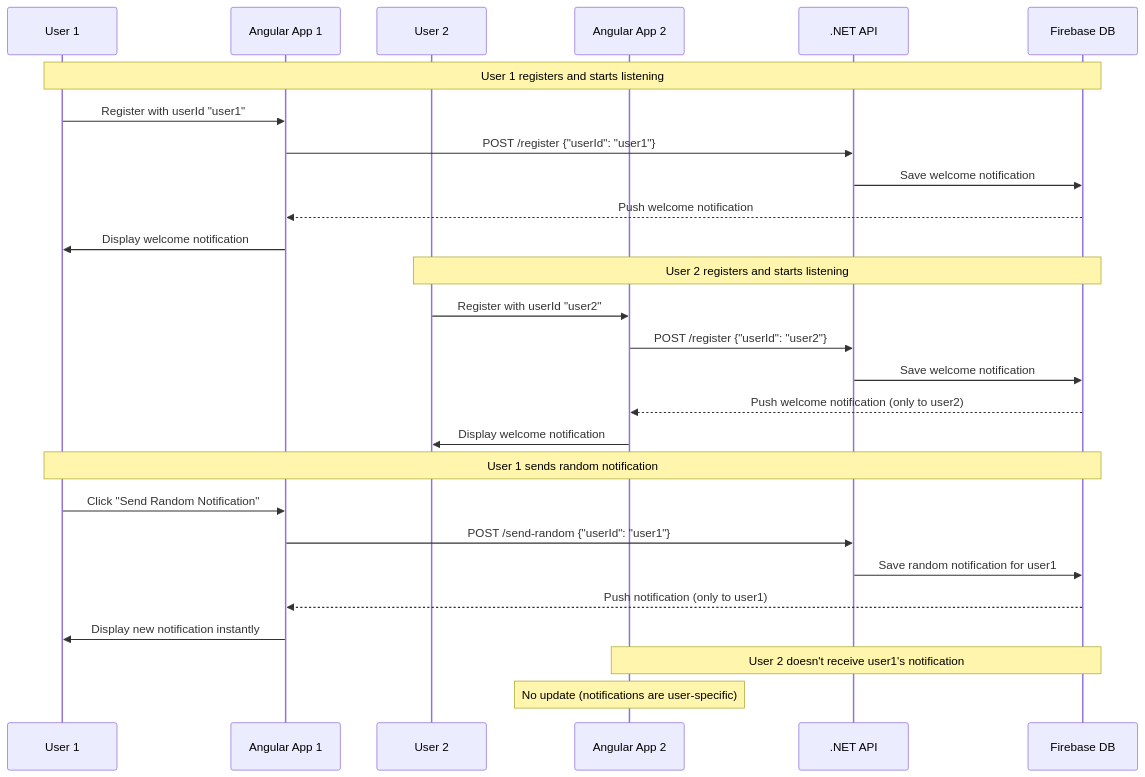
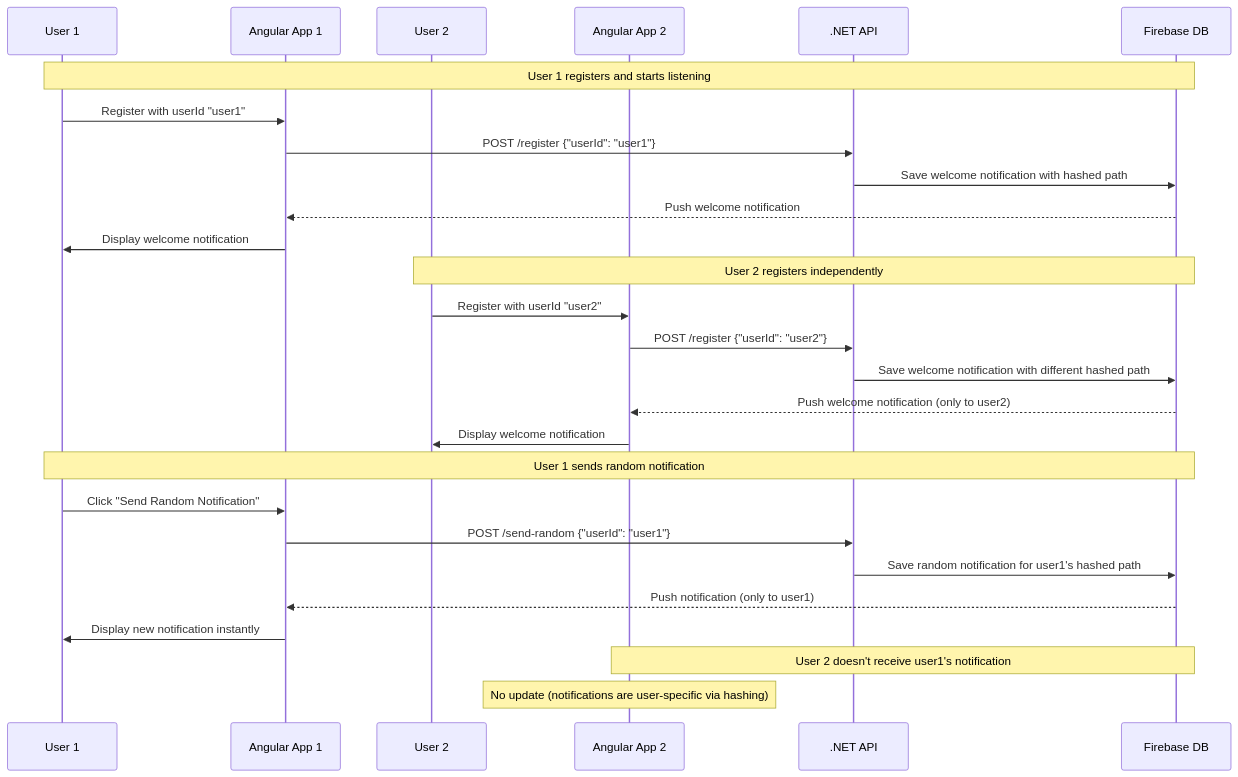
One commit to danghieuthang/notification-with-firebase-realtime-database changed the third of 3 diagrams in README.md. Above: the diagram before and after it, drawn with Mermaid. The commit also changed other lines of this file and 9 other files, not shown here.

Commit message:
Refactor Firebase integration: streamline configuration management, implement notification factory, and enhance user registration flow with optimized response models and error handling.

````diff
--- a/README.md
+++ b/README.md
@@ -130,33 +141,33 @@
 ```mermaid
 sequenceDiagram
     participant U1 as User 1
     participant A1 as Angular App 1
     participant U2 as User 2  
     participant A2 as Angular App 2
     participant API as .NET API
     participant F as Firebase DB
     
     Note over U1,F: User 1 registers and starts listening
     U1->>A1: Register with userId "user1"
     A1->>API: POST /register {"userId": "user1"}
-    API->>F: Save welcome notification
+    API->>F: Save welcome notification with hashed path
     F-->>A1: Push welcome notification
     A1->>U1: Display welcome notification
     
-    Note over U2,F: User 2 registers and starts listening  
+    Note over U2,F: User 2 registers independently  
     U2->>A2: Register with userId "user2"
     A2->>API: POST /register {"userId": "user2"}
-    API->>F: Save welcome notification
+    API->>F: Save welcome notification with different hashed path
     F-->>A2: Push welcome notification (only to user2)
     A2->>U2: Display welcome notification
     
     Note over U1,F: User 1 sends random notification
     U1->>A1: Click "Send Random Notification"
     A1->>API: POST /send-random {"userId": "user1"}
-    API->>F: Save random notification for user1
+    API->>F: Save random notification for user1's hashed path
     F-->>A1: Push notification (only to user1)
     A1->>U1: Display new notification instantly
     
     Note over A2,F: User 2 doesn't receive user1's notification
-    Note over A2: No update (notifications are user-specific)
+    Note over A2: No update (notifications are user-specific via hashing)
 ```
````
